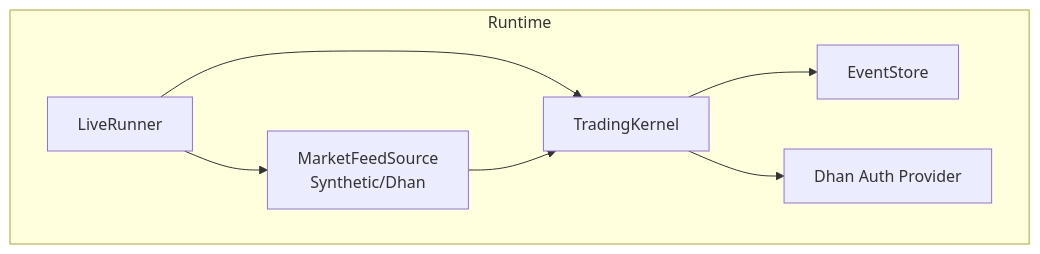
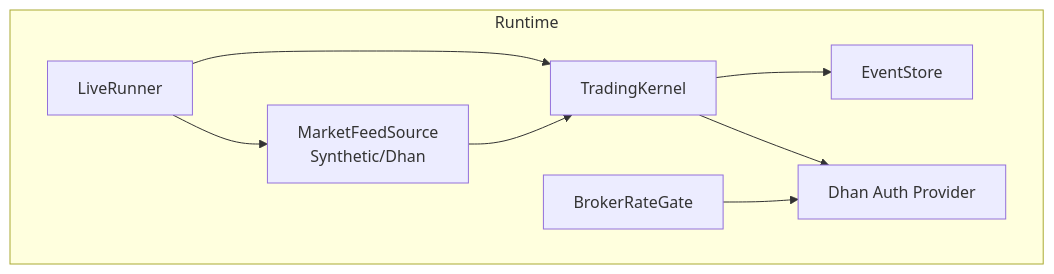
The first of 13 diagrams in .qoder/repowiki/en/content/Examples & Tutorials/Production Deployment Examples/Production Deployment Examples.md (Ganesh-Kusundal/nTrade), drawn with Mermaid before and after one commit. The commit also changed other lines of this file and 203 other files, not shown here.

First line of the commit message:
review findings sweep: depth retry, LTP failure guard, stale-refresh fix, rate-gate blocked heuristic

````diff
--- a/.qoder/repowiki/en/content/Examples & Tutorials/Production Deployment Examples/Production Deployment Examples.md
+++ b/.qoder/repowiki/en/content/Examples & Tutorials/Production Deployment Examples/Production Deployment Examples.md
@@ -41,15 +56,17 @@
 ```mermaid
 graph TB
 subgraph "Runtime"
 LR["LiveRunner"]
 K["TradingKernel"]
 FEED["MarketFeedSource<br/>Synthetic/Dhan"]
 STORE["EventStore"]
 AUTH["Dhan Auth Provider"]
+RATE["BrokerRateGate"]
 end
 LR --> K
 LR --> FEED
 K --> STORE
 K --> AUTH
 FEED --> K
+RATE --> AUTH
 ```
````
